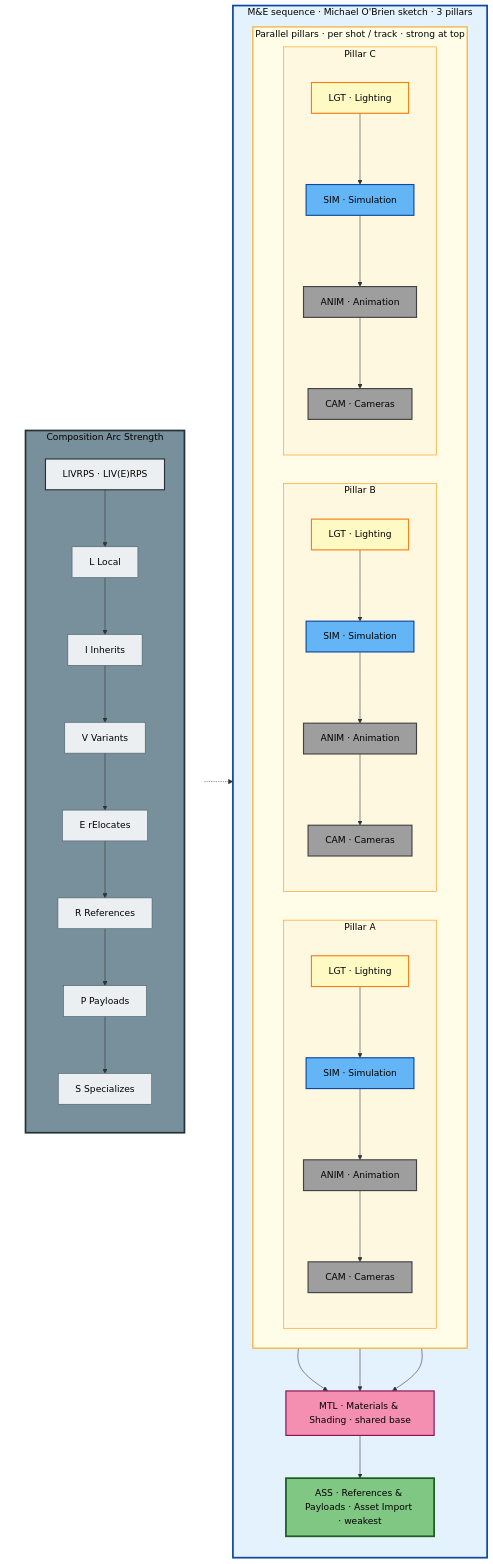
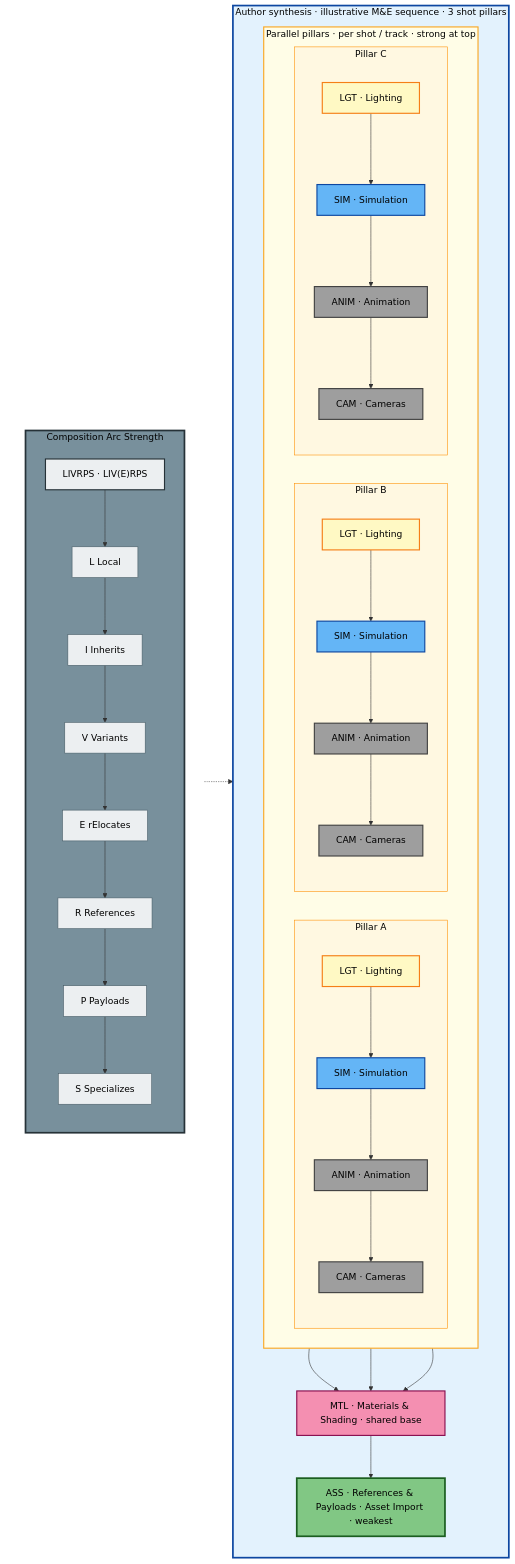
The third of 21 diagrams in WIP_Docs/LAYER_ORDER_REFERENCES_RESEARCH.md (jph2/USD_GoodStart), drawn with Mermaid before and after one commit. The commit also changed other lines of this file, not shown here.

```diff
--- a/WIP_Docs/LAYER_ORDER_REFERENCES_RESEARCH.md
+++ b/WIP_Docs/LAYER_ORDER_REFERENCES_RESEARCH.md
@@ -469,7 +471,7 @@
         end
     end
 
-    subgraph RootContainer["M&E sequence · Michael O'Brien sketch · 3 pillars"]
+    subgraph RootContainer["Author synthesis · illustrative M&E sequence · 3 shot pillars"]
         direction TB
 
         subgraph Pillars["Parallel pillars · per shot / track · strong at top"]
```
